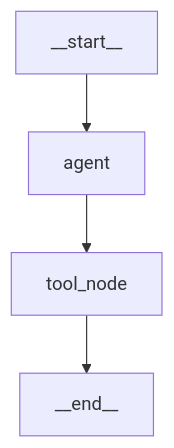
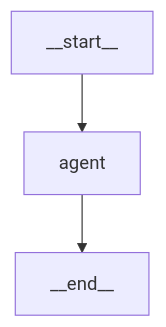
One commit to 10xGraph/10xgraph-docs changed the diagram in src/content/docs/guides/visualize-a-graph.md. Above: the diagram before and after it, drawn with Mermaid. The commit also changed other lines of this file and 64 other files, not shown here.

````diff
--- a/src/content/docs/guides/visualize-a-graph.md
+++ b/src/content/docs/guides/visualize-a-graph.md
@@ -168,6 +131,5 @@
 ```mermaid
 graph TD
   __start__ --> agent
-  agent --> tool_node
-  tool_node --> __end__
+  agent --> __end__
 ```
````
